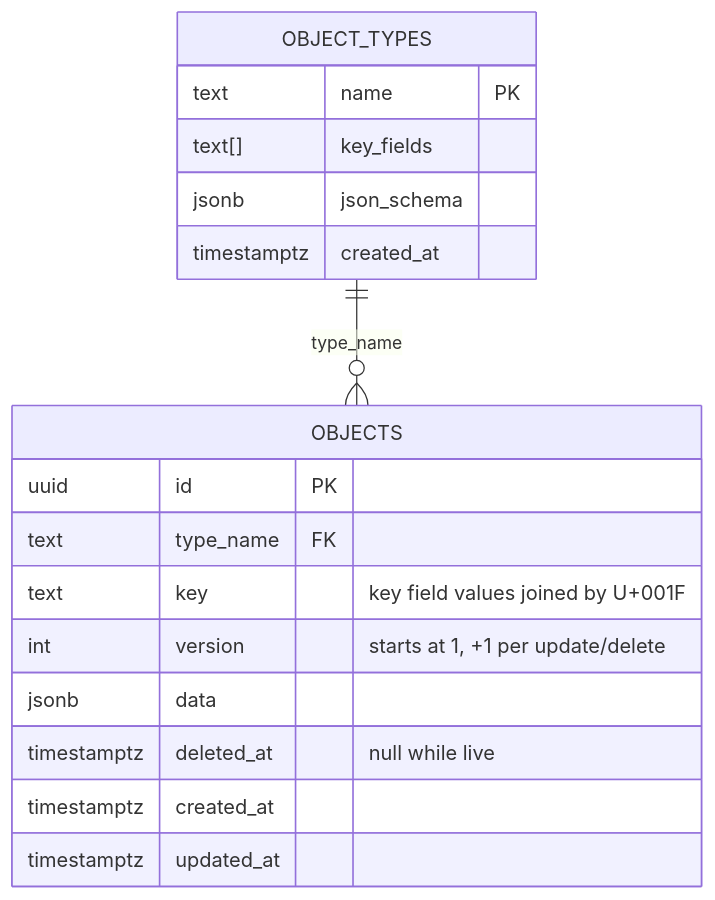
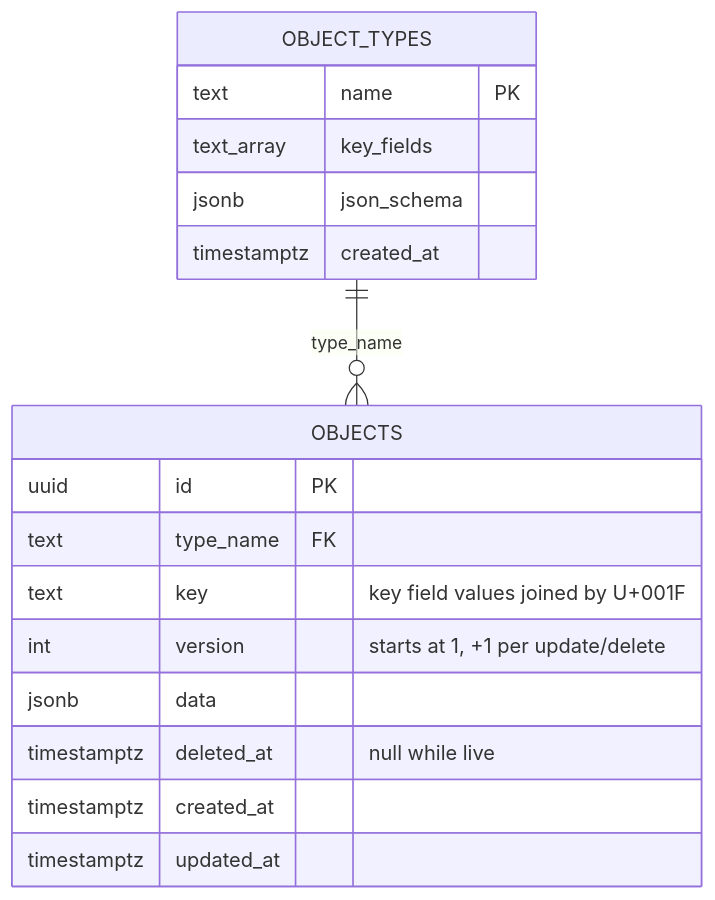
One commit to centeba/dbpersist changed the third of 9 diagrams in docs/ARCHITECTURE.md. Above: the diagram before and after it, drawn with Mermaid. The commit also changed other lines of this file, not shown here.

First line of the commit message:
Docs: make the architecture Mermaid diagrams render on GitHub

````diff
--- a/docs/ARCHITECTURE.md
+++ b/docs/ARCHITECTURE.md
@@ -116,20 +116,20 @@
 ```mermaid
 erDiagram
     OBJECT_TYPES ||--o{ OBJECTS : "type_name"
     OBJECT_TYPES {
         text name PK
-        text[] key_fields
+        text_array key_fields
         jsonb json_schema
         timestamptz created_at
     }
     OBJECTS {
         uuid id PK
         text type_name FK
         text key "key field values joined by U+001F"
         int version "starts at 1, +1 per update/delete"
         jsonb data
         timestamptz deleted_at "null while live"
         timestamptz created_at
         timestamptz updated_at
     }
 ```
````
